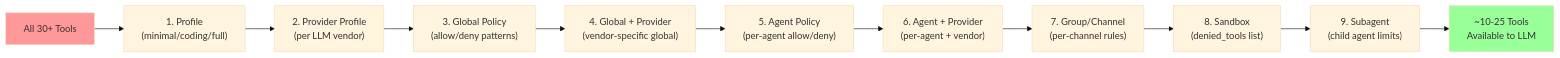
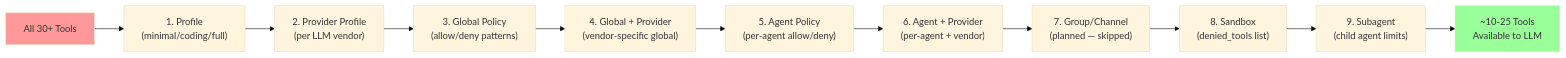
Before and after one commit to gen-mind/echo-mind: the third of 6 diagrams in docs/agents/echomind-agent-architecture.md, drawn with Mermaid (base theme). The commit also changed other lines of this file, not shown here.

````diff
--- a/docs/agents/echomind-agent-architecture.md
+++ b/docs/agents/echomind-agent-architecture.md
@@ -171,16 +175,16 @@
 ```mermaid
 graph LR
     All["All 30+ Tools"] --> L1
     L1["1. Profile<br/>(minimal/coding/full)"] --> L2
     L2["2. Provider Profile<br/>(per LLM vendor)"] --> L3
     L3["3. Global Policy<br/>(allow/deny patterns)"] --> L4
     L4["4. Global + Provider<br/>(vendor-specific global)"] --> L5
     L5["5. Agent Policy<br/>(per-agent allow/deny)"] --> L6
     L6["6. Agent + Provider<br/>(per-agent + vendor)"] --> L7
-    L7["7. Group/Channel<br/>(per-channel rules)"] --> L8
+    L7["7. Group/Channel<br/>(planned — skipped)"] --> L8
     L8["8. Sandbox<br/>(denied_tools list)"] --> L9
     L9["9. Subagent<br/>(child agent limits)"] --> Final["~10-25 Tools<br/>Available to LLM"]
 
     style All fill:#ff9999
     style Final fill:#99ff99
 ```
````
